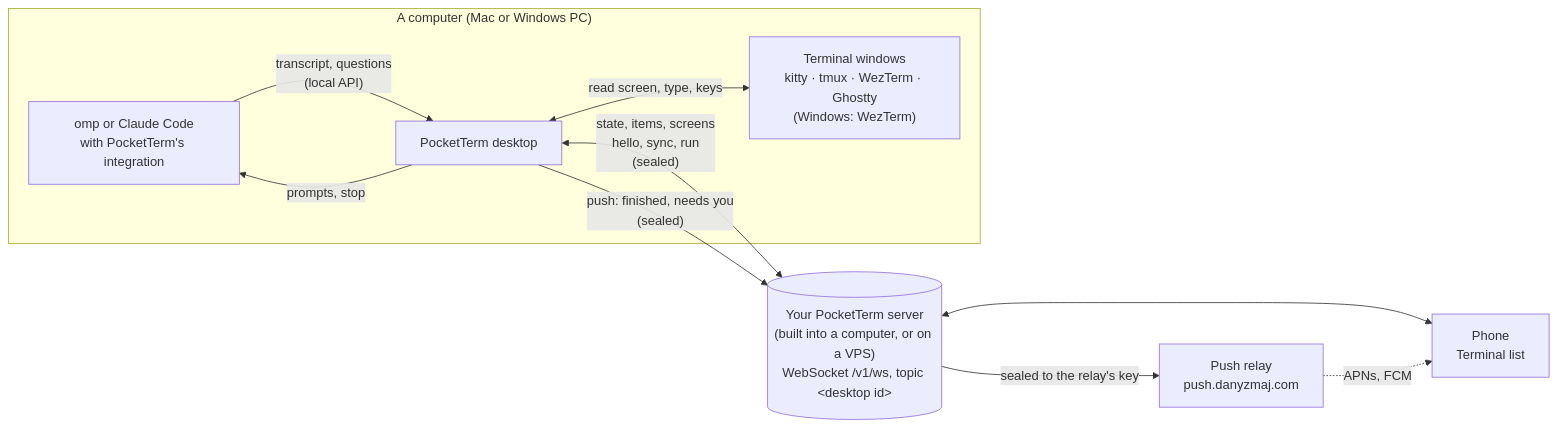
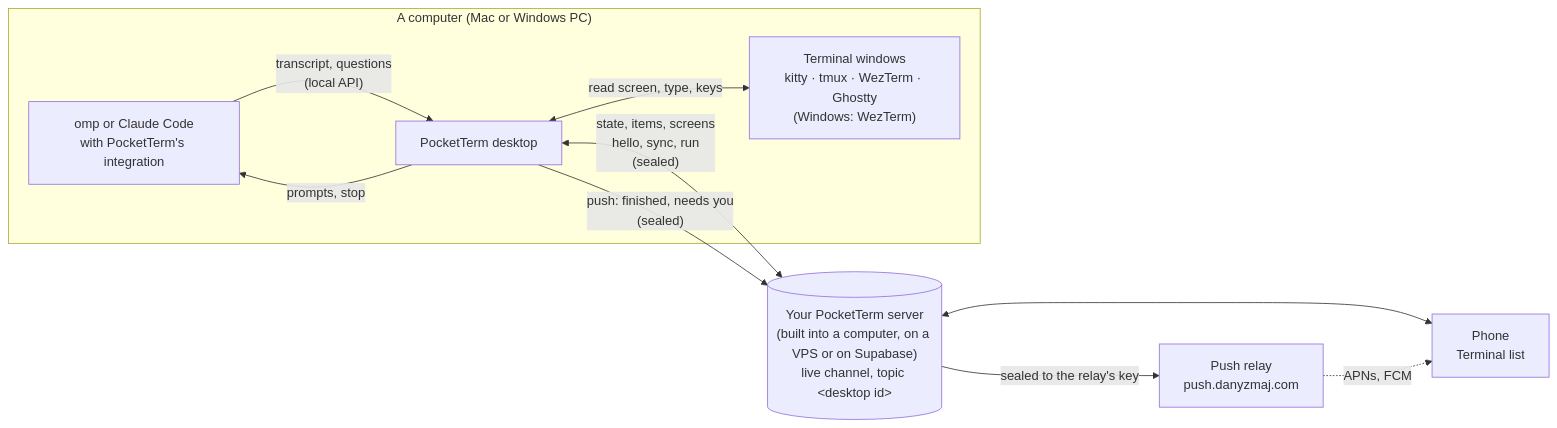
The diagram in docs/ARCHITECTURE.md (danyzmaj-apps/pocketterm), drawn with Mermaid before and after one commit. The commit also changed other lines of this file and 22 other files, not shown here.

````diff
--- a/docs/ARCHITECTURE.md
+++ b/docs/ARCHITECTURE.md
@@ -7,19 +7,19 @@
 ```mermaid
 flowchart LR
   subgraph computer ["A computer (Mac or Windows PC)"]
     agent["omp or Claude Code<br/>with PocketTerm's integration"]
     term["Terminal windows<br/>kitty · tmux · WezTerm · Ghostty<br/>(Windows: WezTerm)"]
     app["PocketTerm desktop"]
     agent -->|"transcript, questions<br/>(local API)"| app
     app -->|"prompts, stop"| agent
     app <-->|"read screen, type, keys"| term
   end
-  srv[("Your PocketTerm server<br/>(built into a computer, or on a VPS)<br/>WebSocket /v1/ws, topic &lt;desktop id&gt;")]
+  srv[("Your PocketTerm server<br/>(built into a computer, on a VPS or on Supabase)<br/>live channel, topic &lt;desktop id&gt;")]
   relay["Push relay<br/>push.danyzmaj.com"]
   phone["Phone<br/>Terminal list"]
   app <-->|"state, items, screens<br/>hello, sync, run<br/>(sealed)"| srv
   srv <--> phone
   app -->|"push: finished, needs you<br/>(sealed)"| srv
   srv -->|"sealed to the relay's key"| relay
   relay -.->|"APNs, FCM"| phone
 ```
````
